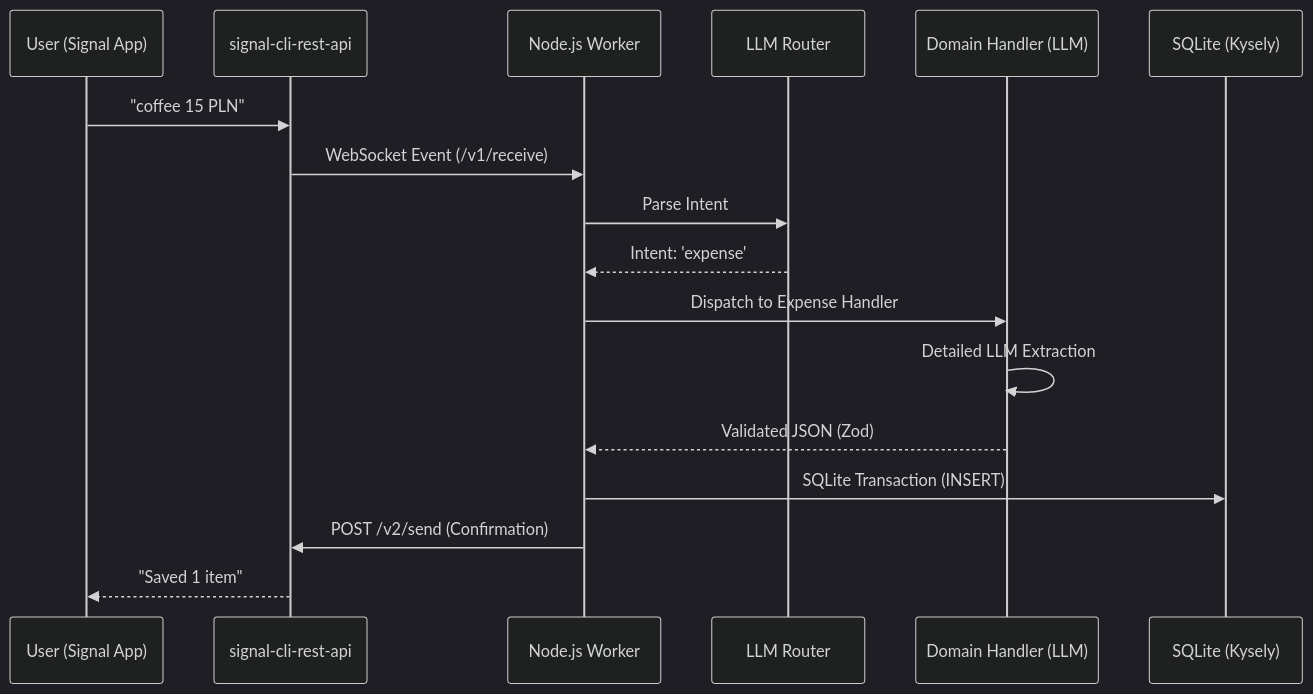
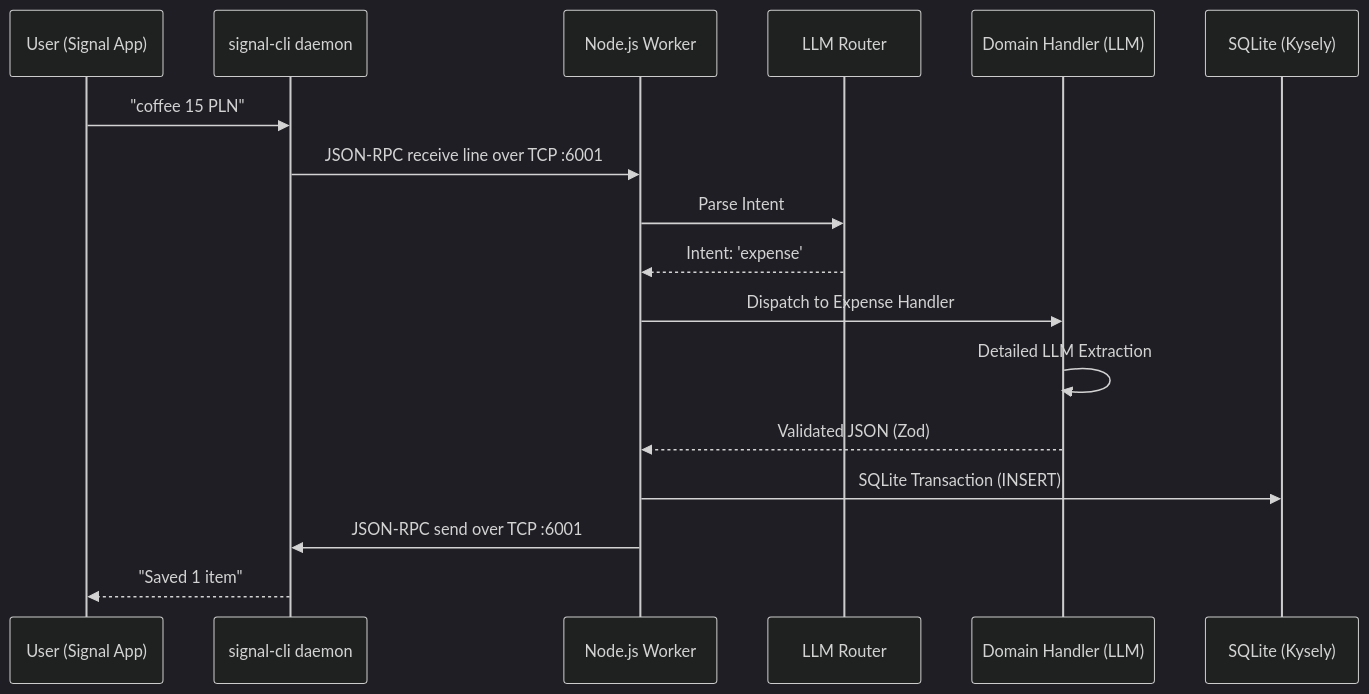
The diagram in architecture.md (sid2602/tracker), drawn with Mermaid (dark theme) before and after one commit. The commit also changed other lines of this file and 10 other files, not shown here.

````diff
--- a/architecture.md
+++ b/architecture.md
@@ -10,20 +11,20 @@
 ```mermaid
 sequenceDiagram
     participant User (Signal App)
-    participant SignalCLI as signal-cli-rest-api
+    participant SignalCLI as signal-cli daemon
     participant Worker as Node.js Worker
     participant Router as LLM Router
     participant Domain as Domain Handler (LLM)
     participant DB as SQLite (Kysely)
 
     User (Signal App)->>SignalCLI: "coffee 15 PLN"
-    SignalCLI->>Worker: WebSocket Event (/v1/receive)
+    SignalCLI->>Worker: JSON-RPC receive line over TCP :6001
     Worker->>Router: Parse Intent
     Router-->>Worker: Intent: 'expense'
     Worker->>Domain: Dispatch to Expense Handler
     Domain->>Domain: Detailed LLM Extraction
     Domain-->>Worker: Validated JSON (Zod)
     Worker->>DB: SQLite Transaction (INSERT)
-    Worker->>SignalCLI: POST /v2/send (Confirmation)
+    Worker->>SignalCLI: JSON-RPC send over TCP :6001
     SignalCLI-->>User (Signal App): "Saved 1 item"
 ```
````
